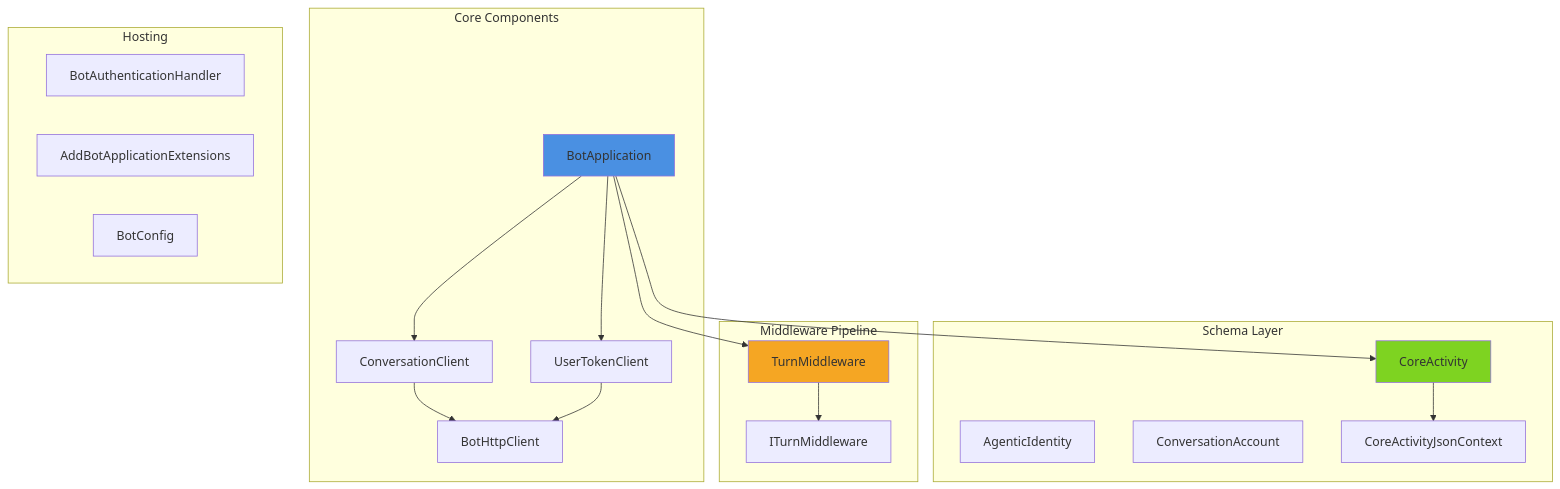
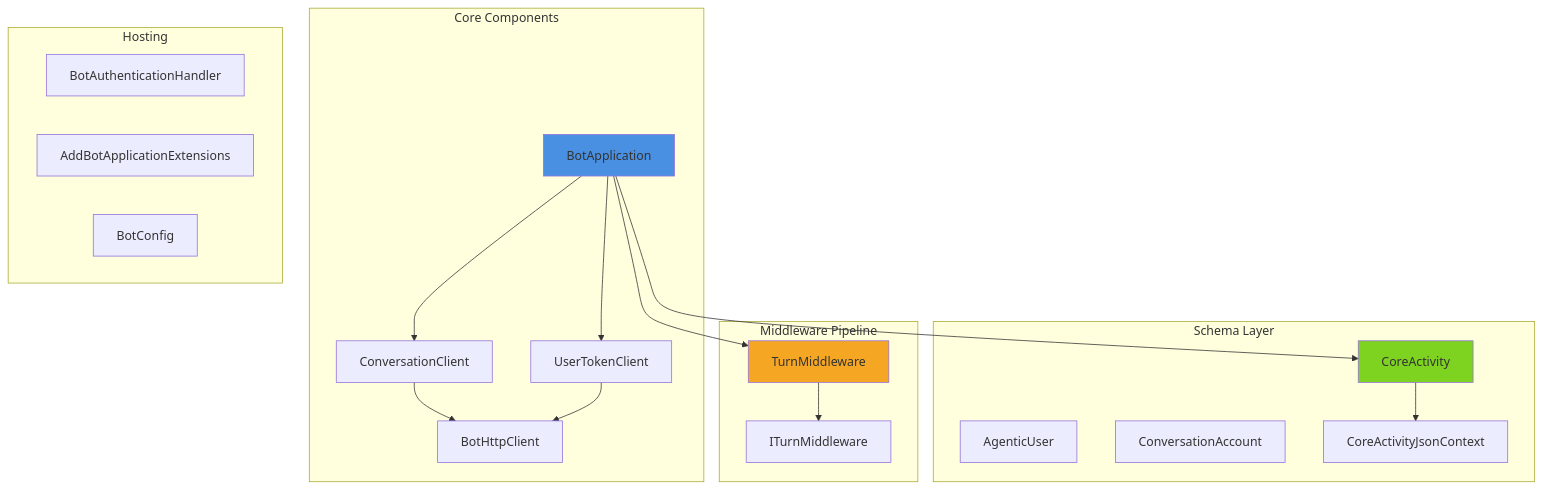
One commit to microsoft/teams.net changed the second of 19 diagrams in core/docs/Architecture.md. Above: the diagram before and after it, drawn with Mermaid. The commit also changed other lines of this file and 48 other files, not shown here.

````diff
--- a/core/docs/Architecture.md
+++ b/core/docs/Architecture.md
@@ -44,40 +44,40 @@
 ```mermaid
 graph TB
     subgraph "Core Components"
         BotApp[BotApplication]
         ConvClient[ConversationClient]
         TokenClient[UserTokenClient]
         HttpClient[BotHttpClient]
     end
 
     subgraph "Schema Layer"
         CoreActivity[CoreActivity]
-        AgenticId[AgenticIdentity]
+        AgenticUser[AgenticUser]
         ConvAccount[ConversationAccount]
         JsonContext[CoreActivityJsonContext]
     end
 
     subgraph "Middleware Pipeline"
         TurnMW[TurnMiddleware]
         CustomMW[ITurnMiddleware]
     end
 
     subgraph "Hosting"
         AuthHandler[BotAuthenticationHandler]
         Extensions[AddBotApplicationExtensions]
         Config[BotConfig]
     end
 
     BotApp --> TurnMW
     BotApp --> ConvClient
     BotApp --> TokenClient
     ConvClient --> HttpClient
     TokenClient --> HttpClient
     TurnMW --> CustomMW
     BotApp --> CoreActivity
     CoreActivity --> JsonContext
 
     style BotApp fill:#4a90e2
     style CoreActivity fill:#7ed321
     style TurnMW fill:#f5a623
 ```
````
